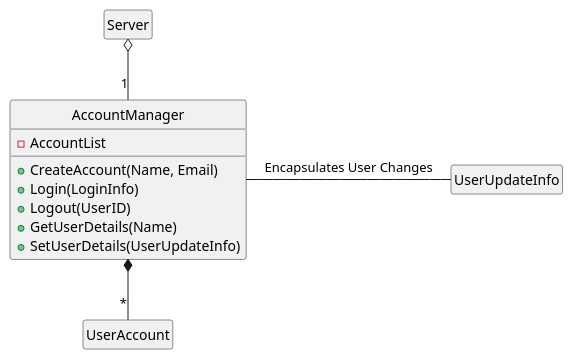
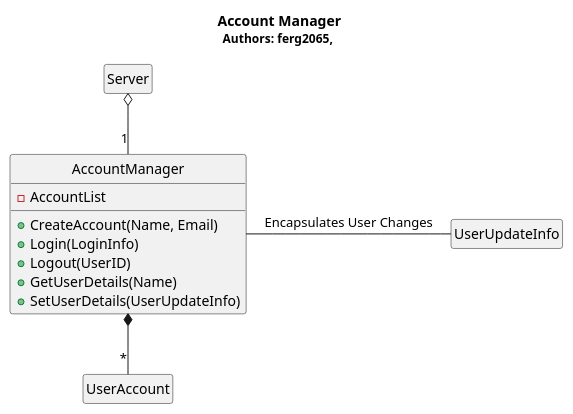
Before and after one commit to voxelv/sQuire_kw: the diagram in hw3/Server/server_accountmanager.pu, drawn with PlantUML. The commit also changed 19 other files, not shown here.

```diff
--- a/hw3/Server/server_accountmanager.pu
+++ b/hw3/Server/server_accountmanager.pu
@@ -1,22 +1,24 @@
 @startuml
 hide circle
 hide empty members
+
+Title <b>Account Manager</b>\n<size:12>Authors: ferg2065, </size>
 
 class "Server" as sqs
 class "AccountManager" as sqs_ua_m{
 	-AccountList
 	+CreateAccount(Name, Email)
 	+Login(LoginInfo)
 	+Logout(UserID)
 	+GetUserDetails(Name)
 	+SetUserDetails(UserUpdateInfo)
 	}
 class "UserAccount" as sqs_ua
 class "UserUpdateInfo" as sqs_ua_ui
 
 sqs o-- "1" sqs_ua_m 
 sqs_ua_m *-- "*" sqs_ua 
 sqs_ua_m - sqs_ua_ui : Encapsulates User Changes
 
 
 @enduml
```
